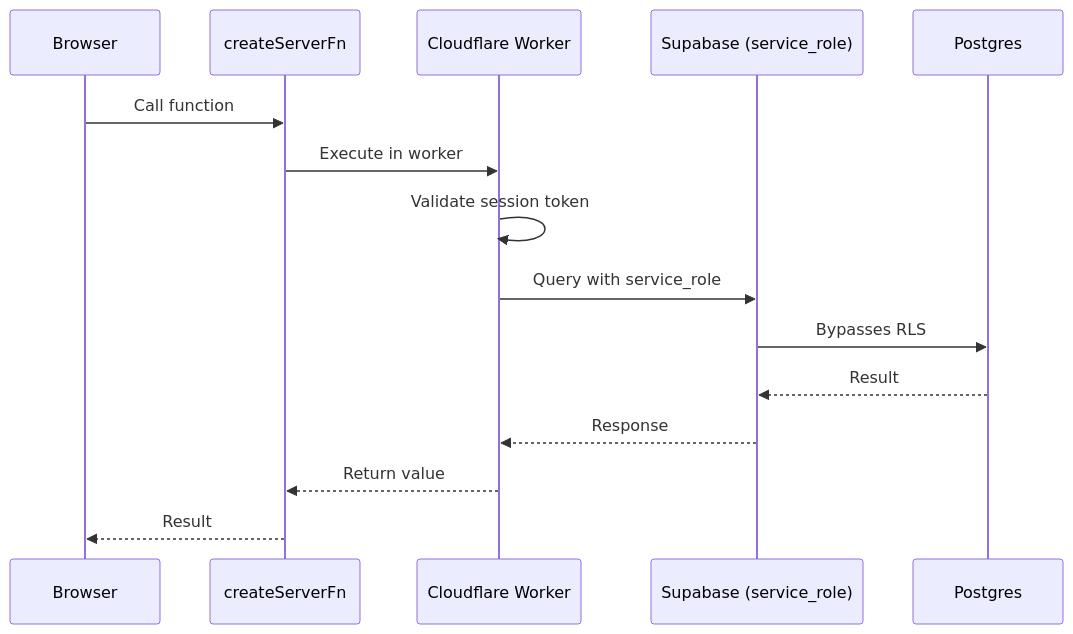
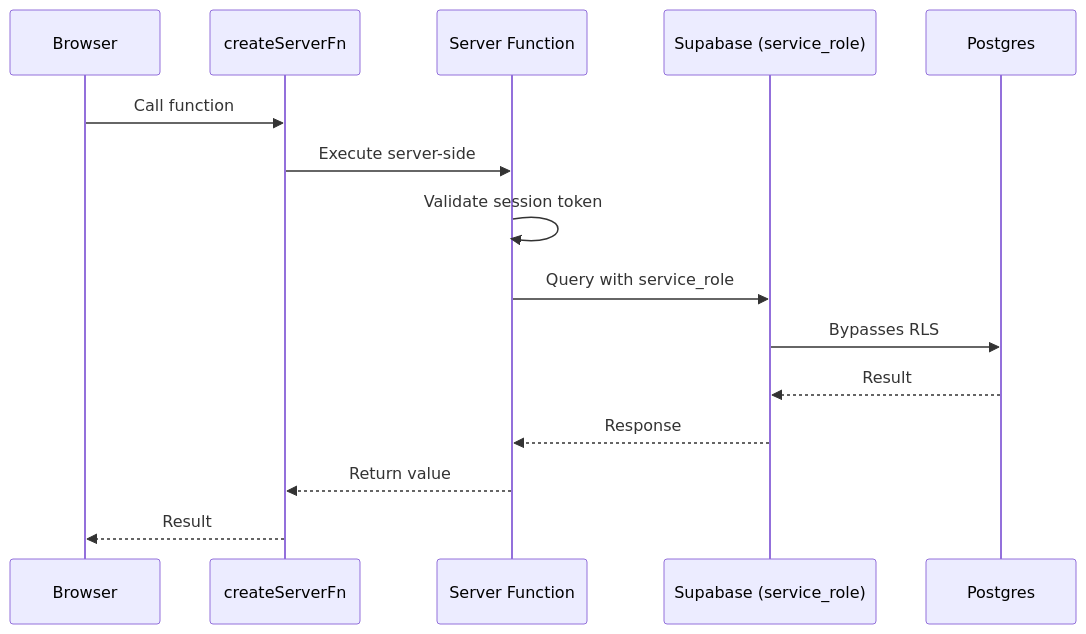
The second of 2 diagrams in src/content/docs/02-architecture/02-data-flow.mdx (gastaldellomarco/pcReady), drawn with Mermaid before and after one commit. The commit also changed other lines of this file and 8 other files, not shown here.

Commit message:
refactor: update documentation to remove Cloudflare Workers references and clarify server function execution

````diff
--- a/src/content/docs/02-architecture/02-data-flow.mdx
+++ b/src/content/docs/02-architecture/02-data-flow.mdx
@@ -40,18 +40,18 @@
 ```mermaid
 sequenceDiagram
     participant Browser
     participant SFn as createServerFn
-    participant Worker as Cloudflare Worker
+    participant Worker as Server Function
     participant Supabase as Supabase (service_role)
     participant DB as Postgres
 
     Browser->>SFn: Call function
-    SFn->>Worker: Execute in worker
+    SFn->>Worker: Execute server-side
     Worker->>Worker: Validate session token
     Worker->>Supabase: Query with service_role
     Supabase->>DB: Bypasses RLS
     DB-->>Supabase: Result
     Supabase-->>Worker: Response
     Worker-->>SFn: Return value
     SFn-->>Browser: Result
 ```
````
